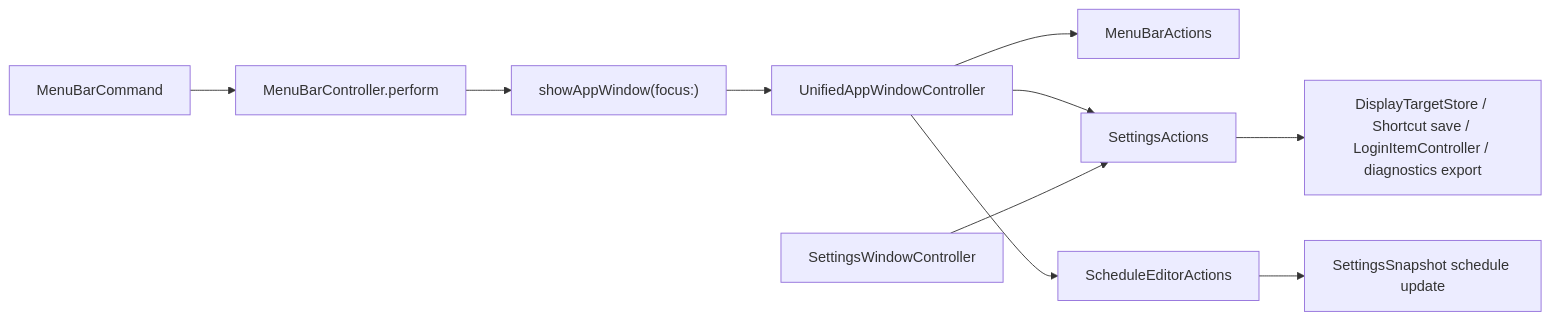
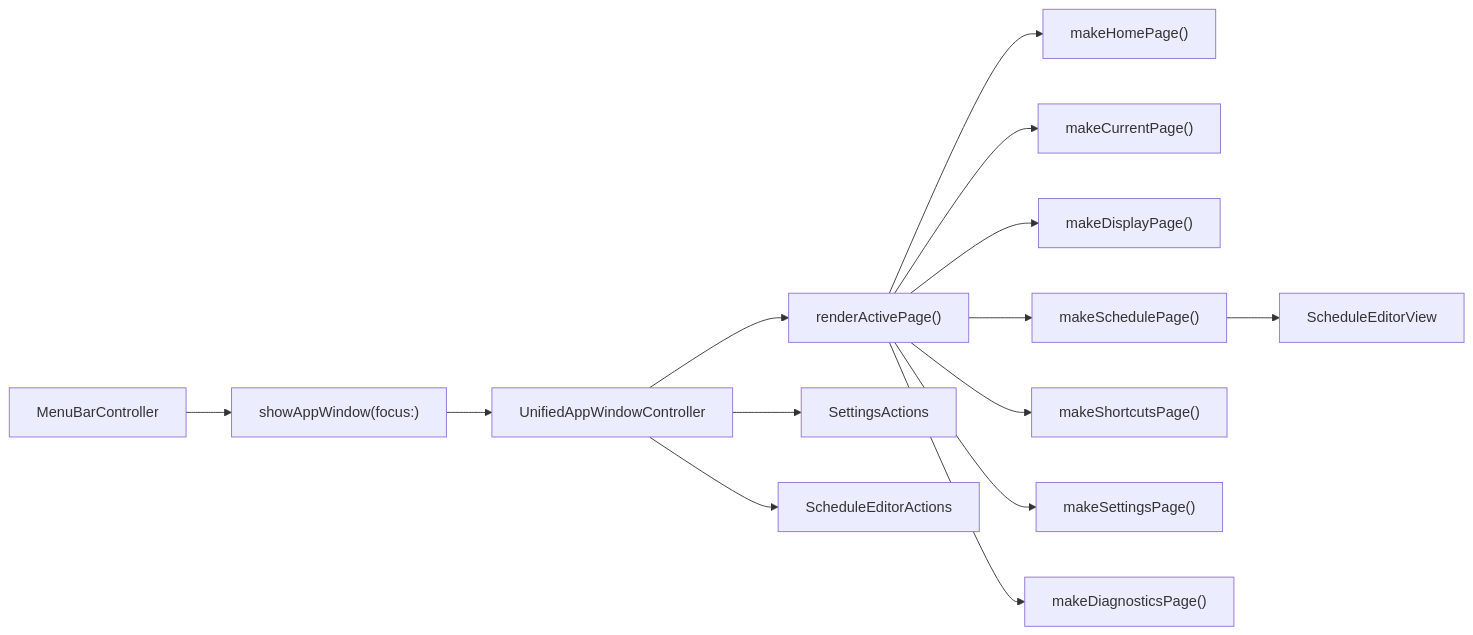
The diagram in docs/design/window-redesign/mockup-gap-audit/research.md (everydy/InnosDimmer), drawn with Mermaid before and after one commit. The commit also changed other lines of this file and 7 other files, not shown here.

First line of the commit message:
Document app window redesign audit updates

````diff
--- a/docs/design/window-redesign/mockup-gap-audit/research.md
+++ b/docs/design/window-redesign/mockup-gap-audit/research.md
@@ -63,12 +83,16 @@
 ```mermaid
 flowchart LR
-    MenuBar["MenuBarCommand"] --> Controller["MenuBarController.perform"]
-    Controller --> AppWindow["showAppWindow(focus:)"]
-    AppWindow --> Unified["UnifiedAppWindowController"]
-    Unified --> LiveActions["MenuBarActions"]
+    MenuBarController["MenuBarController"] --> ShowAppWindow["showAppWindow(focus:)"]
+    ShowAppWindow --> Unified["UnifiedAppWindowController"]
+    Unified --> Render["renderActivePage()"]
+    Render --> Home["makeHomePage()"]
+    Render --> Current["makeCurrentPage()"]
+    Render --> Display["makeDisplayPage()"]
+    Render --> Schedule["makeSchedulePage()"]
+    Render --> Shortcuts["makeShortcutsPage()"]
+    Render --> Settings["makeSettingsPage()"]
+    Render --> Diagnostics["makeDiagnosticsPage()"]
     Unified --> SettingsActions["SettingsActions"]
     Unified --> ScheduleActions["ScheduleEditorActions"]
-    SettingsActions --> Stores["DisplayTargetStore / Shortcut save / LoginItemController / diagnostics export"]
-    ScheduleActions --> Snapshot["SettingsSnapshot schedule update"]
-    Legacy["SettingsWindowController"] --> SettingsActions
+    Schedule --> ScheduleEditorView["ScheduleEditorView"]
 ```
````
